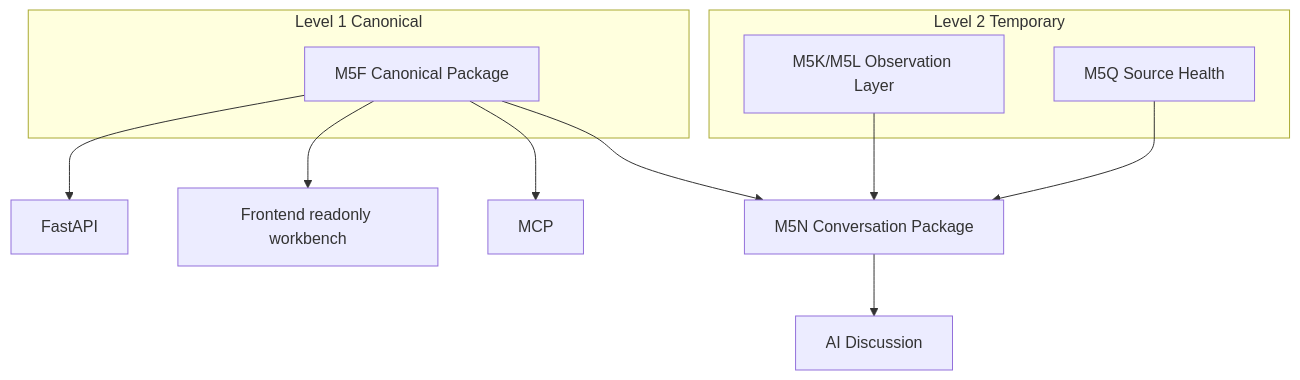
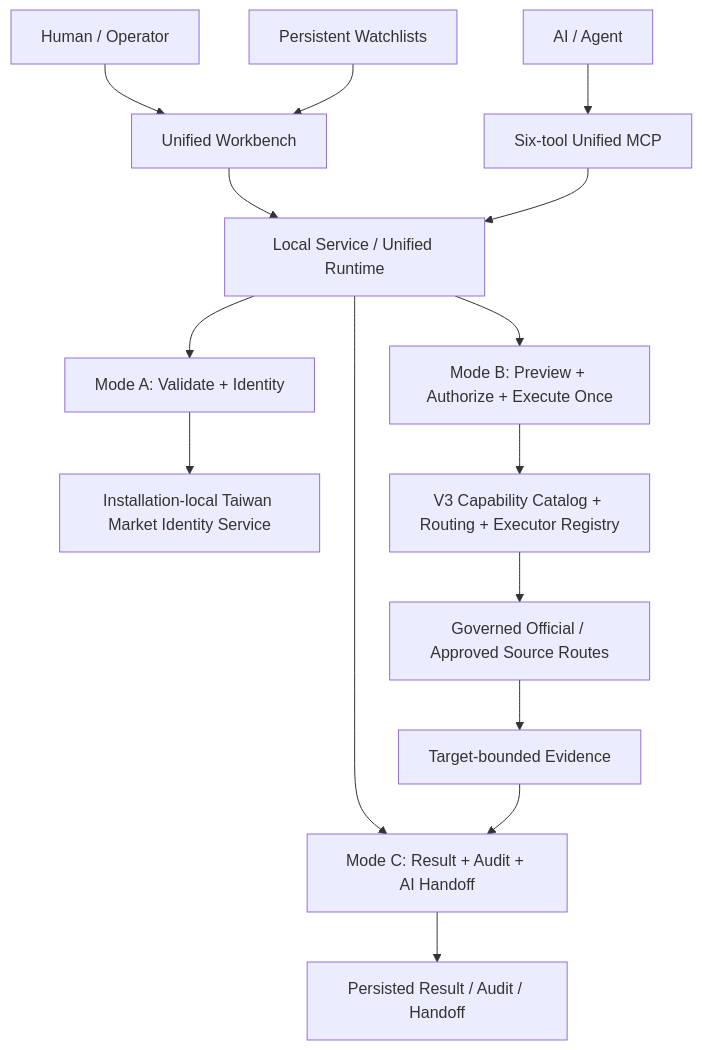
One commit to SmartyJohnway/tw-market-live-data-intelligence changed the diagram in docs/architecture/PRODUCT_ARCHITECTURE.md. Above: the diagram before and after it, drawn with Mermaid. The commit also changed other lines of this file, not shown here.

Commit message:
docs(governance): replace legacy product architecture

````diff
--- a/docs/architecture/PRODUCT_ARCHITECTURE.md
+++ b/docs/architecture/PRODUCT_ARCHITECTURE.md
@@ -3,17 +3,20 @@
 ```mermaid
 flowchart TB
-  subgraph L1[Level 1 Canonical]
-    M5F[M5F Canonical Package]
-  end
-  subgraph L2[Level 2 Temporary]
-    OBS[M5K/M5L Observation Layer]
-    HEALTH[M5Q Source Health]
-  end
-  M5F --> API[FastAPI]
-  M5F --> FE[Frontend readonly workbench]
-  M5F --> MCP[MCP]
-  OBS --> CONV[M5N Conversation Package]
-  HEALTH --> CONV
-  M5F --> CONV
-  CONV --> AI[AI Discussion]
+    H[Human / Operator] --> WB[Unified Workbench]
+    A[AI / Agent] --> MCP[Six-tool Unified MCP]
+    WB --> LS[Local Service / Unified Runtime]
+    MCP --> LS
+
+    LS --> MA[Mode A: Validate + Identity]
+    LS --> MB[Mode B: Preview + Authorize + Execute Once]
+    LS --> MC[Mode C: Result + Audit + AI Handoff]
+
+    MA --> SM[Installation-local Taiwan Market Identity Service]
+    MB --> CAT[V3 Capability Catalog + Routing + Executor Registry]
+    CAT --> SRC[Governed Official / Approved Source Routes]
+    SRC --> EV[Target-bounded Evidence]
+    EV --> MC
+
+    WL[Persistent Watchlists] --> WB
+    MC --> RES[Persisted Result / Audit / Handoff]
 ```
````
